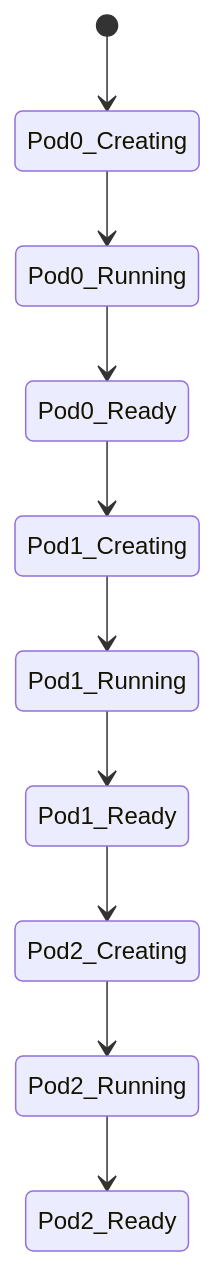
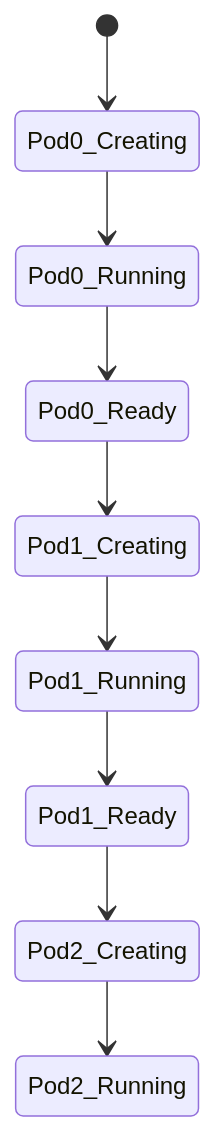
Before and after one commit to courselabs/kubernetes: the fourth of 7 diagrams in slides/statefulsets/slides.md, drawn with Mermaid. The commit also changed other lines of this file and 7 other files, not shown here.

````diff
--- a/slides/statefulsets/slides.md
+++ b/slides/statefulsets/slides.md
@@ -161,12 +218,11 @@
 ```mermaid
 stateDiagram-v2
     [*] --> Pod0_Creating
     Pod0_Creating --> Pod0_Running
     Pod0_Running --> Pod0_Ready
     Pod0_Ready --> Pod1_Creating
     Pod1_Creating --> Pod1_Running
     Pod1_Running --> Pod1_Ready
     Pod1_Ready --> Pod2_Creating
     Pod2_Creating --> Pod2_Running
-    Pod2_Running --> Pod2_Ready
 ```
````
